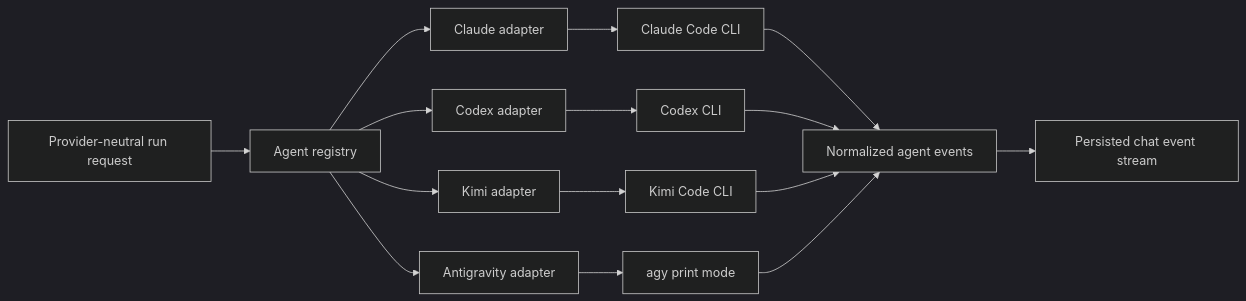
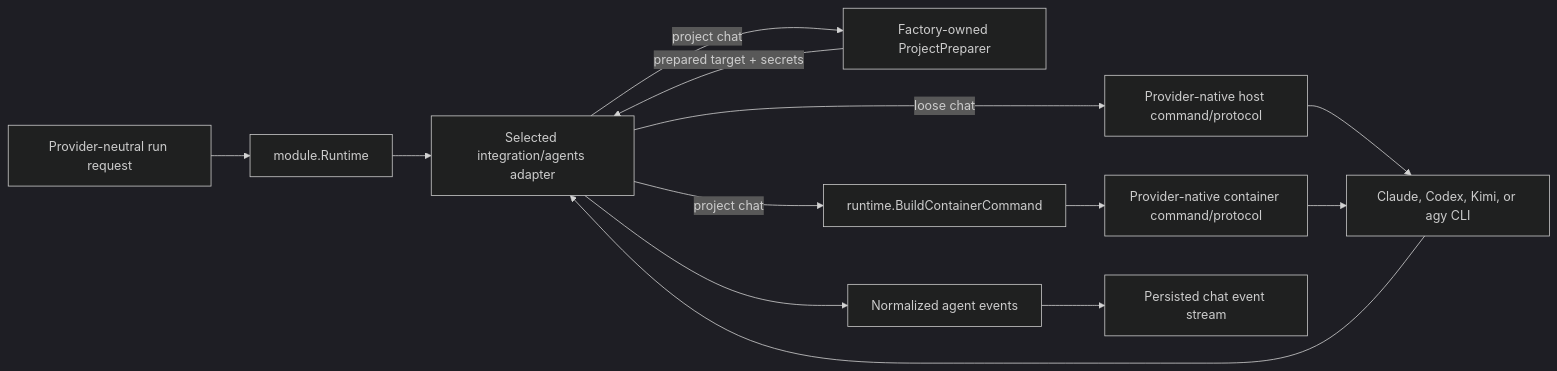
Before and after one commit to AbdallahMohamedDotnet/remote.futrx: the third of 5 diagrams in docs/02-workspaces/04-chat-and-agents.md, drawn with Mermaid (dark theme). The commit also changed other lines of this file and 26 other files, not shown here.

Commit message:
docs(agents): document integration contract

````diff
--- a/docs/02-workspaces/04-chat-and-agents.md
+++ b/docs/02-workspaces/04-chat-and-agents.md
@@ -57,17 +65,15 @@
 ```mermaid
 flowchart LR
-    Request["Provider-neutral run request"] --> Registry["Agent registry"]
-    Registry --> Claude["Claude adapter"]
-    Registry --> Codex["Codex adapter"]
-    Registry --> Kimi["Kimi adapter"]
-    Registry --> Antigravity["Antigravity adapter"]
-    Claude --> ClaudeCLI["Claude Code CLI"]
-    Codex --> CodexCLI["Codex CLI"]
-    Kimi --> KimiCLI["Kimi Code CLI"]
-    Antigravity --> AntigravityCLI["agy print mode"]
-    ClaudeCLI --> Normalize["Normalized agent events"]
-    CodexCLI --> Normalize
-    KimiCLI --> Normalize
-    AntigravityCLI --> Normalize
+    Request["Provider-neutral run request"] --> Runtime["module.Runtime"]
+    Runtime --> Provider["Selected integration/agents adapter"]
+    Provider -->|project chat| Prep["Factory-owned ProjectPreparer"]
+    Prep -->|prepared target + secrets| Provider
+    Provider -->|project chat| Cmd["runtime.BuildContainerCommand"]
+    Provider -->|loose chat| HostCmd["Provider-native host command/protocol"]
+    Cmd --> ContainerCmd["Provider-native container command/protocol"]
+    HostCmd --> CLI["Claude, Codex, Kimi, or agy CLI"]
+    ContainerCmd --> CLI
+    CLI --> Provider
+    Provider --> Normalize["Normalized agent events"]
     Normalize --> ChatEvents["Persisted chat event stream"]
 ```
````
